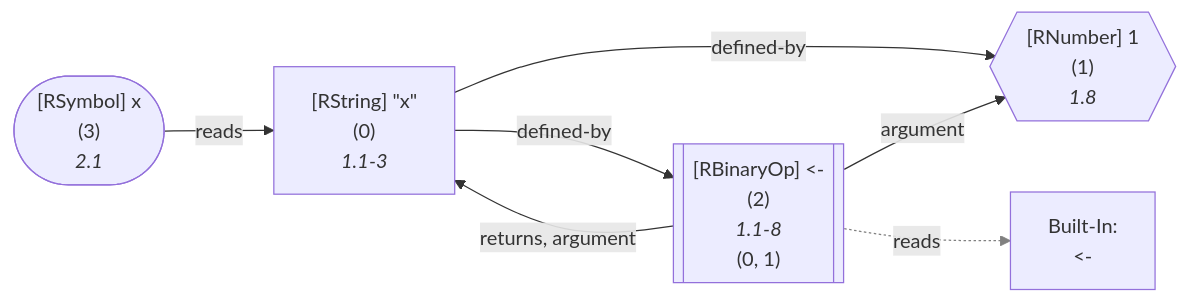
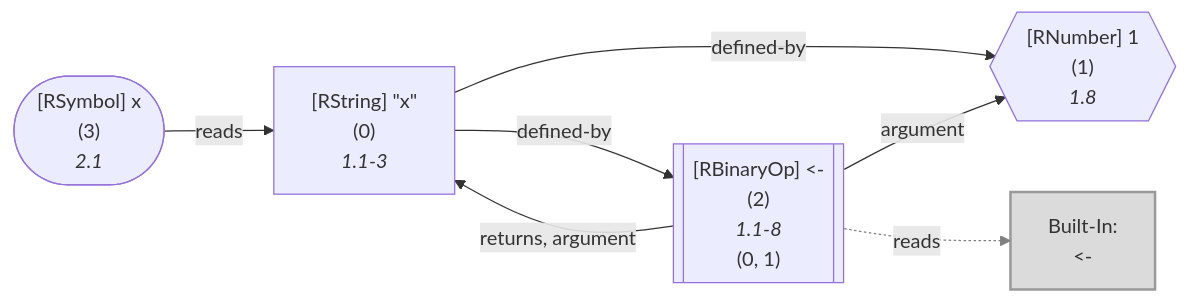
Diagram 22 of 48 in wiki/Dataflow Graph.md (flowr-analysis/flowr), drawn with Mermaid before and after one commit. The commit also changed other lines of this file and 4 other files, not shown here.

````diff
--- a/wiki/Dataflow Graph.md
+++ b/wiki/Dataflow Graph.md
@@ -2991,25 +3052,26 @@
 ```mermaid
 flowchart LR
     1{{"`#91;RNumber#93; 1
       (1)
       *1.8*`"}}
     0["`#91;RString#93; #34;x#34;
       (0)
       *1.1-3*`"]
     2[["`#91;RBinaryOp#93; #60;#45;
       (2)
       *1.1-8*
     (0, 1)`"]]
     built-in:_-["`Built-In:
 #60;#45;`"]
+    style built-in:_- stroke:gray,fill:lightgray,stroke-width:2px,opacity:.8;
     3(["`#91;RSymbol#93; x
       (3)
       *2.1*`"])
     0 -->|"defined-by"| 1
     0 -->|"defined-by"| 2
     2 -->|"argument"| 1
     2 -->|"returns, argument"| 0
     2 -.->|"reads"| built-in:_-
     linkStyle 4 stroke:gray;
     3 -->|"reads"| 0
 ```
````
